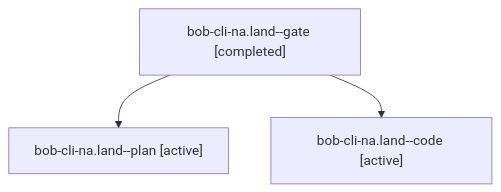
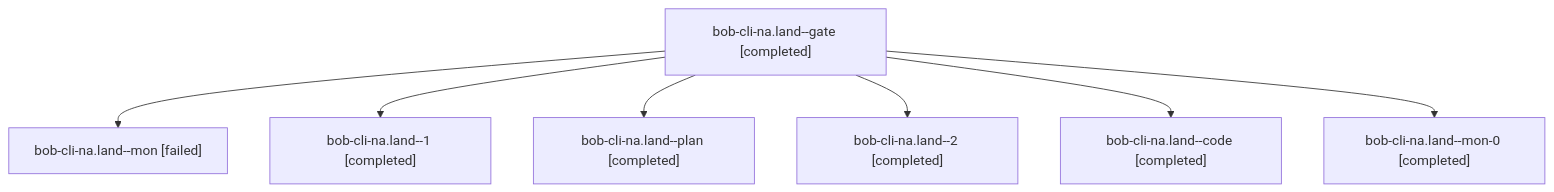
One commit to bobs-org/bob-cli--agents changed the diagram in sessions/bbugyi200.apollo.bob-cli-na.land.md. Above: the diagram before and after it, drawn with Mermaid. The commit also changed other lines of this file and 66 other files, not shown here.

````diff
--- a/sessions/bbugyi200.apollo.bob-cli-na.land.md
+++ b/sessions/bbugyi200.apollo.bob-cli-na.land.md
@@ -9,8 +9,16 @@
 ```mermaid
 flowchart TD
   n0["bob-cli-na.land--gate [completed]"]
-  n1["bob-cli-na.land--plan [active]"]
+  n1["bob-cli-na.land--mon [failed]"]
   n0 --> n1
-  n2["bob-cli-na.land--code [active]"]
+  n2["bob-cli-na.land--1 [completed]"]
   n0 --> n2
+  n3["bob-cli-na.land--plan [completed]"]
+  n0 --> n3
+  n4["bob-cli-na.land--2 [completed]"]
+  n0 --> n4
+  n5["bob-cli-na.land--code [completed]"]
+  n0 --> n5
+  n6["bob-cli-na.land--mon-0 [completed]"]
+  n0 --> n6
 ```
````
